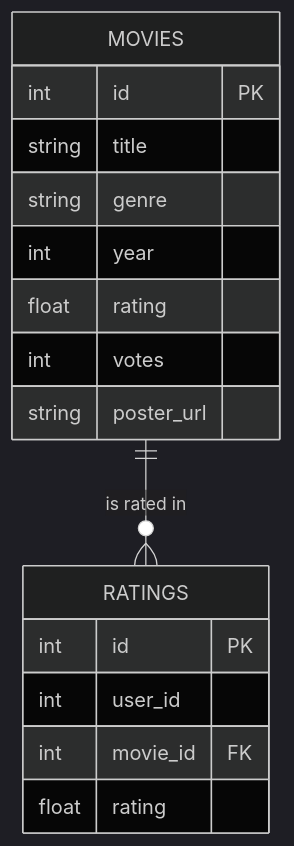
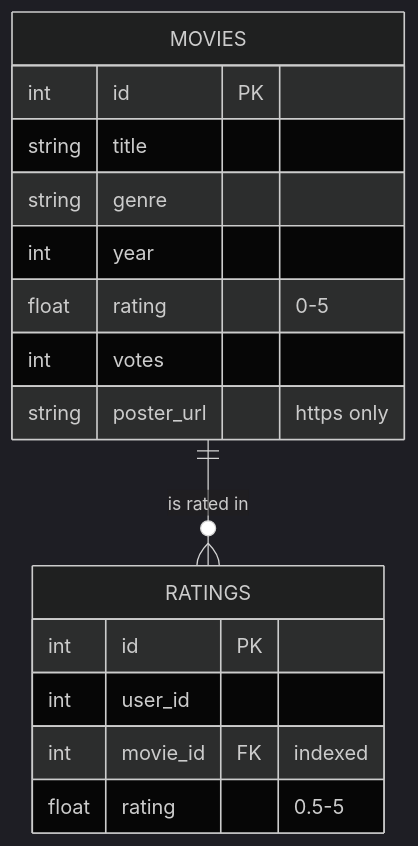
One commit to codemarquis/ai-movie-advisor changed the fourth of 4 diagrams in README.md. Above: the diagram before and after it, drawn with Mermaid (dark theme). The commit also changed other lines of this file and 3 other files, not shown here.

First line of the commit message:
docs: README and deployment guide for the new architecture

````diff
--- a/README.md
+++ b/README.md
@@ -201,19 +259,19 @@
 ```mermaid
 erDiagram
     MOVIES ||--o{ RATINGS : "is rated in"
     MOVIES {
         int id PK
         string title
         string genre
         int year
-        float rating
+        float rating "0-5"
         int votes
-        string poster_url
+        string poster_url "https only"
     }
     RATINGS {
         int id PK
         int user_id
-        int movie_id FK
-        float rating
+        int movie_id FK "indexed"
+        float rating "0.5-5"
     }
 ```
````
